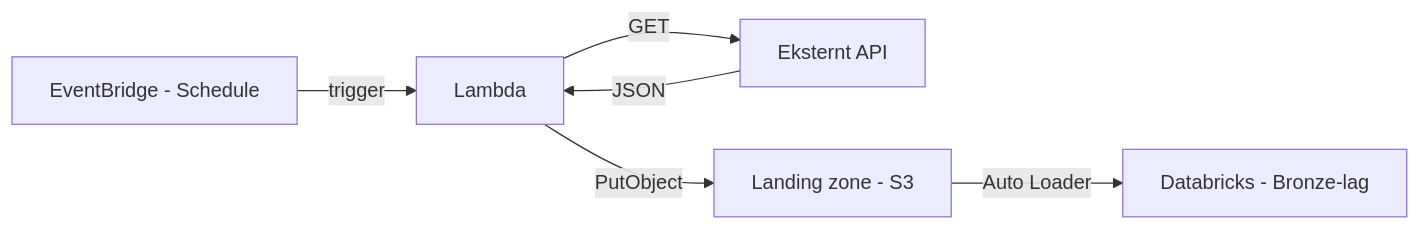
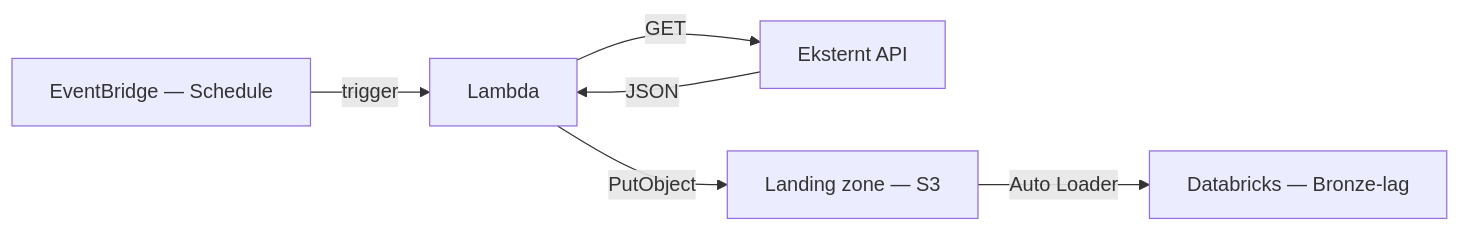
One commit to oslokommune/padda-golden-path changed the second of 3 diagrams in docs/guider/hente-inn-data/hente-data-via-api.md. Above: the diagram before and after it, drawn with Mermaid. The commit also changed other lines of this file and 6 other files, not shown here.

````diff
--- a/docs/guider/hente-inn-data/hente-data-via-api.md
+++ b/docs/guider/hente-inn-data/hente-data-via-api.md
@@ -13,8 +51,8 @@
 ```mermaid
 flowchart LR
-    EB[EventBridge - Schedule] -->|trigger| Lambda
+    EB[EventBridge — Schedule] -->|trigger| Lambda
     Lambda -->|GET| API[Eksternt API]
     API -->|JSON| Lambda
-    Lambda -->|PutObject| S3[Landing zone - S3]
-    S3 -->|Auto Loader| DB[Databricks - Bronze-lag]
+    Lambda -->|PutObject| S3[Landing zone — S3]
+    S3 -->|Auto Loader| DB[Databricks — Bronze-lag]
 ```
````
